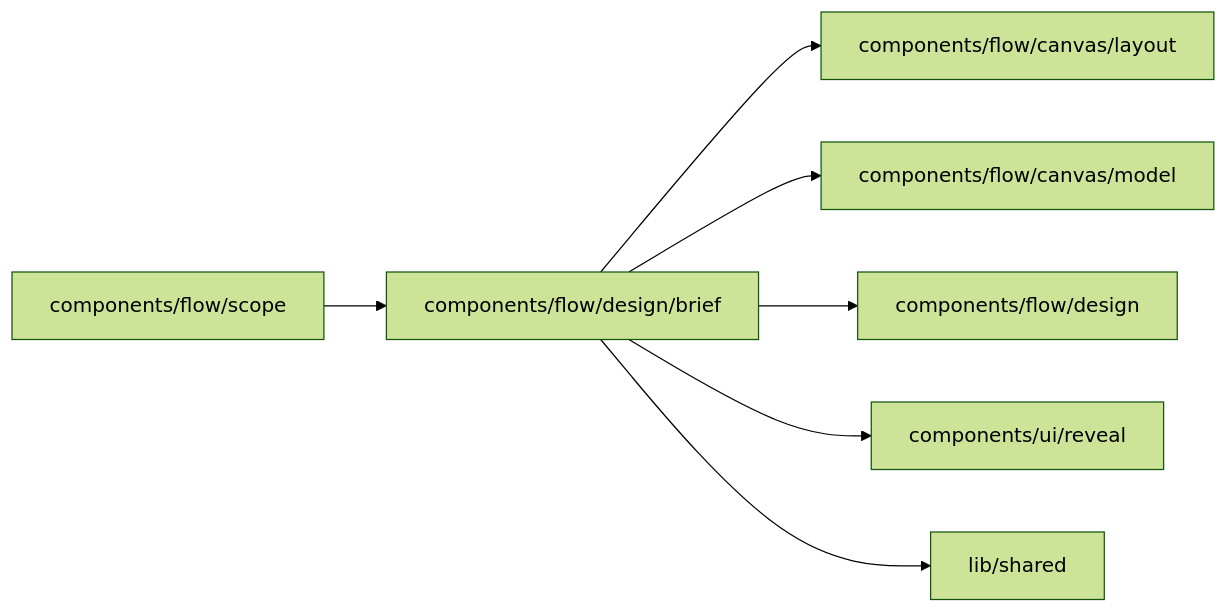
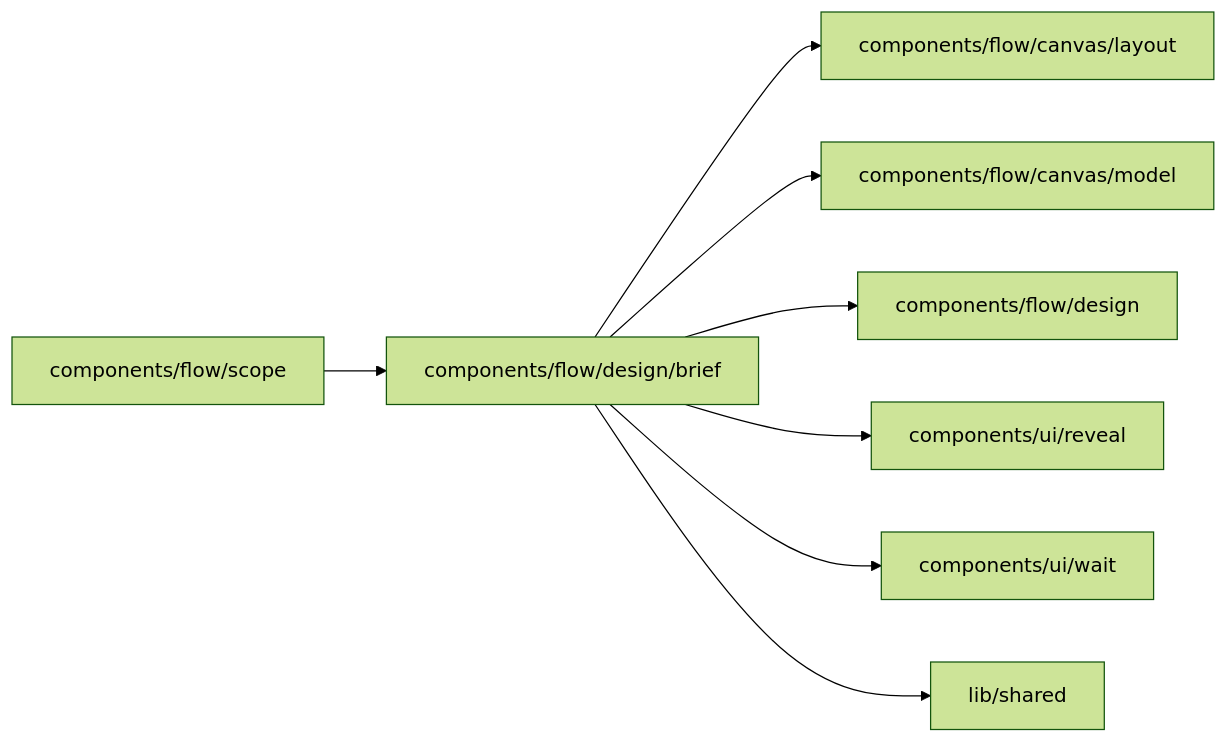
One commit to superdurable/superverse changed the diagram in web/studio/components/flow/design/brief/README.md. Above: the diagram before and after it, drawn with Mermaid (forest theme). The commit also changed other lines of this file and 28 other files, not shown here.

````diff
--- a/web/studio/components/flow/design/brief/README.md
+++ b/web/studio/components/flow/design/brief/README.md
@@ -10,10 +10,11 @@
 ```mermaid
 flowchart LR
   self["components/flow/design/brief"]
   c0["components/flow/scope"] --> self
   self --> d0["components/flow/canvas/layout"]
   self --> d1["components/flow/canvas/model"]
   self --> d2["components/flow/design"]
   self --> d3["components/ui/reveal"]
-  self --> d4["lib/shared"]
+  self --> d4["components/ui/wait"]
+  self --> d5["lib/shared"]
 ```
````
